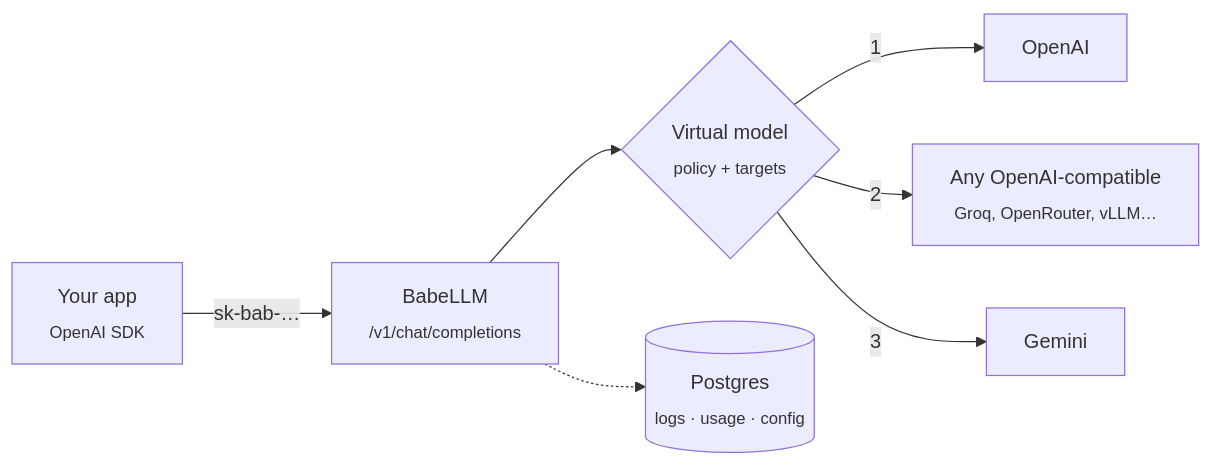
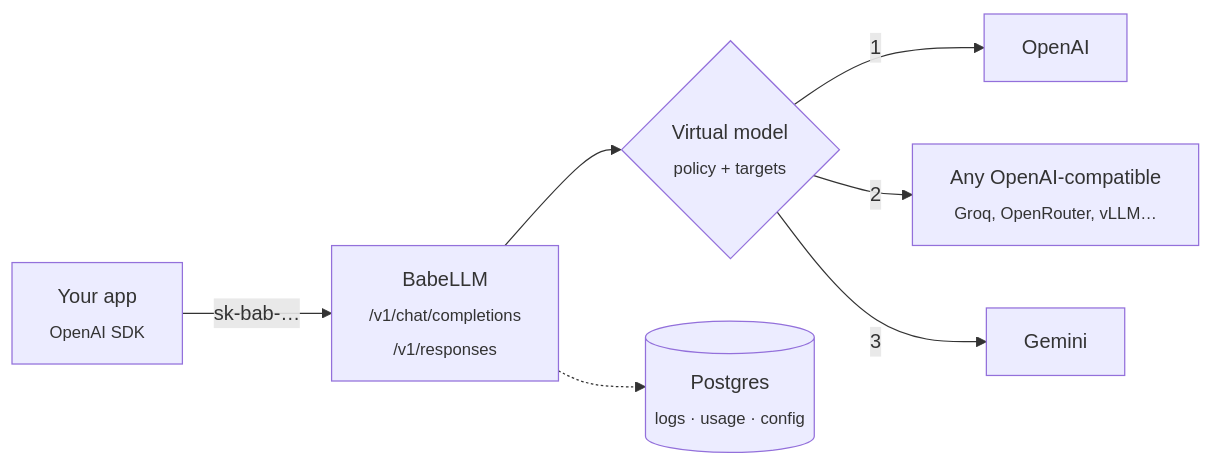
The diagram in README.md (slzdev/babellm-gateway), drawn with Mermaid before and after one commit. The commit also changed other lines of this file and 94 other files, not shown here.

First line of the commit message:
feat(gateway): serve the OpenAI Responses API in both directions (#10)

````diff
--- a/README.md
+++ b/README.md
@@ -73,9 +104,9 @@
 ```mermaid
 flowchart LR
-    A["Your app<br/><sub>OpenAI SDK</sub>"] -->|"sk-bab-…"| B["BabeLLM<br/><sub>/v1/chat/completions</sub>"]
+    A["Your app<br/><sub>OpenAI SDK</sub>"] -->|"sk-bab-…"| B["BabeLLM<br/><sub>/v1/chat/completions<br/>/v1/responses</sub>"]
     B --> C{"Virtual model<br/><sub>policy + targets</sub>"}
     C -->|1| D["OpenAI"]
     C -->|2| E["Any OpenAI-compatible<br/><sub>Groq, OpenRouter, vLLM…</sub>"]
     C -->|3| F["Gemini"]
     B -.-> G[("Postgres<br/><sub>logs · usage · config</sub>")]
 ```
````
